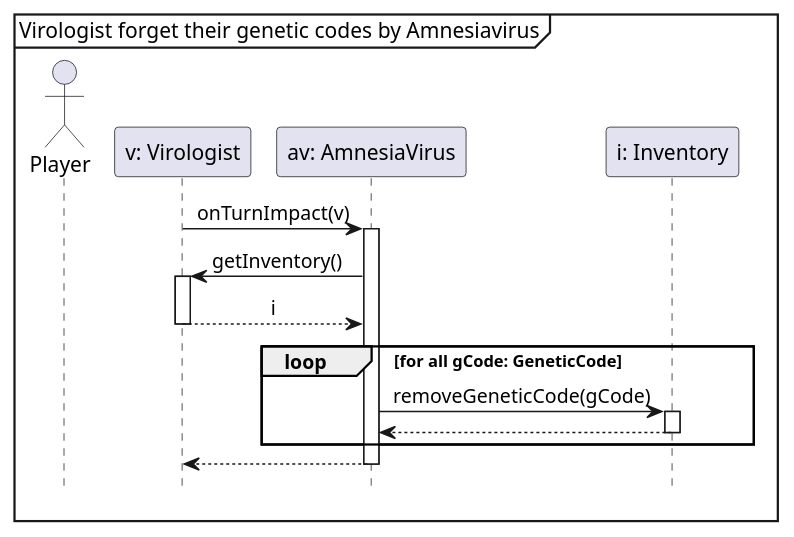
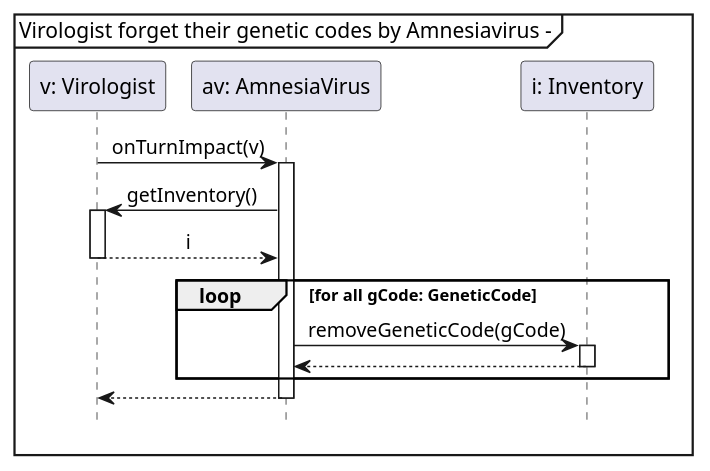
The diagram in docs/seqDiagrams/amnesiaVirusOnTurnImpact.puml (Tschonti/503-service-unavailable), drawn with PlantUML before and after one commit. The commit also changed 4 other files, not shown here.

```diff
--- a/docs/seqDiagrams/amnesiaVirusOnTurnImpact.puml
+++ b/docs/seqDiagrams/amnesiaVirusOnTurnImpact.puml
@@ -1,22 +1,20 @@
 @startuml
 'https://plantuml.com/sequence-diagram
 
 hide footbox
-mainframe Virologist forget their genetic codes by Amnesiavirus
+mainframe Virologist forget their genetic codes by Amnesiavirus -
 skinparam sequenceMessageAlign center
-
-actor Player as p1
 
 participant "v: Virologist" as v
 participant "av: AmnesiaVirus" as av
 participant "i: Inventory" as i
 
 v -> av ++ : onTurnImpact(v)
     av -> v ++:getInventory()
     return i
     loop for all gCode: GeneticCode
         av -> i ++ :removeGeneticCode(gCode)
         return
     end
 return
 @enduml
```
